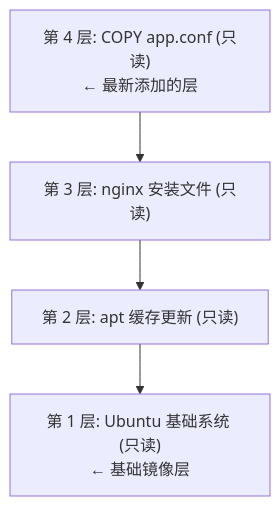
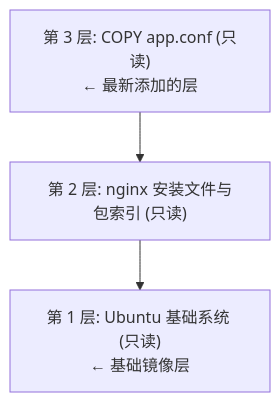
Before and after one commit to yeasy/docker_practice: the third of 3 diagrams in 02_basic_concept/2.1_image.md, drawn with Mermaid. The commit also changed other lines of this file and 4 other files, not shown here.

````diff
--- a/02_basic_concept/2.1_image.md
+++ b/02_basic_concept/2.1_image.md
@@ -95,9 +96,8 @@
 ```mermaid
 flowchart TD
-    Layer4["第 4 层: COPY app.conf (只读)<br/>← 最新添加的层"]
-    Layer3["第 3 层: nginx 安装文件 (只读)"]
-    Layer2["第 2 层: apt 缓存更新 (只读)"]
+    Layer3["第 3 层: COPY app.conf (只读)<br/>← 最新添加的层"]
+    Layer2["第 2 层: nginx 安装文件与包索引 (只读)"]
     Layer1["第 1 层: Ubuntu 基础系统 (只读)<br/>← 基础镜像层"]
 
-    Layer4 --> Layer3 --> Layer2 --> Layer1
+    Layer3 --> Layer2 --> Layer1
 ```
````
